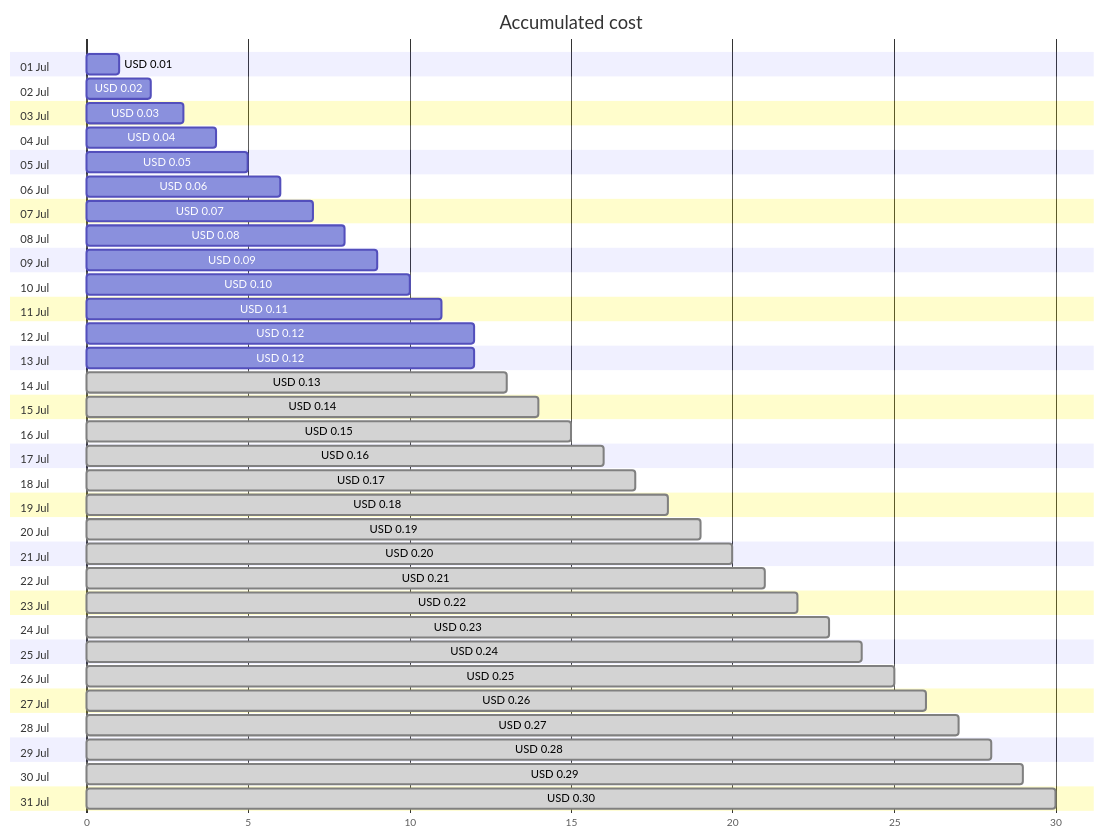
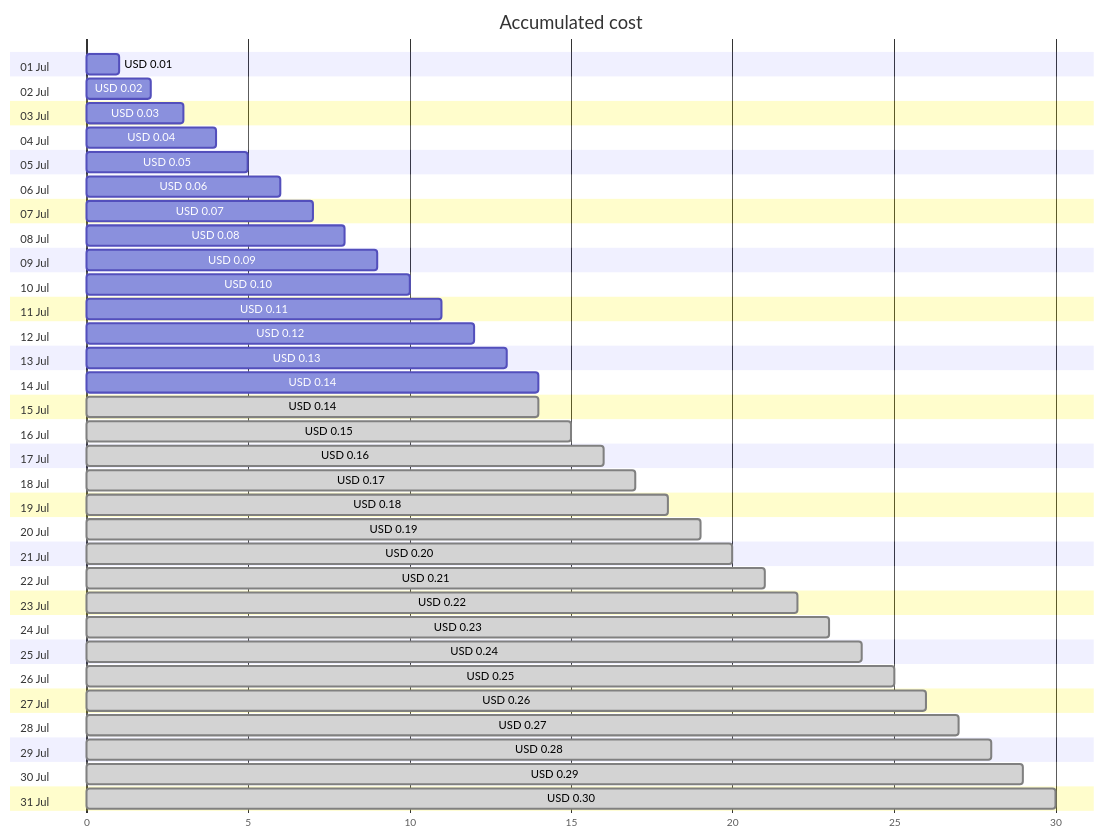
The first of 4 diagrams in cost-reports/cloud-shell-storage-eastus/README.md (jpfulton/azure-personal-reports), drawn with Mermaid before and after one commit. The commit also changed other lines of this file and 1 other file, not shown here.

````diff
--- a/cost-reports/cloud-shell-storage-eastus/README.md
+++ b/cost-reports/cloud-shell-storage-eastus/README.md
@@ -20,68 +20,68 @@
 ```mermaid
 gantt
    title Accumulated cost
    dateFormat  X
    axisFormat %s
    section 01 Jul
    USD 0.01 :0, 1
    section 02 Jul
    USD 0.02 :0, 2
    section 03 Jul
    USD 0.03 :0, 3
    section 04 Jul
    USD 0.04 :0, 4
    section 05 Jul
    USD 0.05 :0, 5
    section 06 Jul
    USD 0.06 :0, 6
    section 07 Jul
    USD 0.07 :0, 7
    section 08 Jul
    USD 0.08 :0, 8
    section 09 Jul
    USD 0.09 :0, 9
    section 10 Jul
    USD 0.10 :0, 10
    section 11 Jul
    USD 0.11 :0, 11
    section 12 Jul
    USD 0.12 :0, 12
    section 13 Jul
-   USD 0.12 :0, 12
+   USD 0.13 :0, 13
    section 14 Jul
-   USD 0.13 : done, 0, 13
+   USD 0.14 :0, 14
    section 15 Jul
    USD 0.14 : done, 0, 14
    section 16 Jul
    USD 0.15 : done, 0, 15
    section 17 Jul
    USD 0.16 : done, 0, 16
    section 18 Jul
    USD 0.17 : done, 0, 17
    section 19 Jul
    USD 0.18 : done, 0, 18
    section 20 Jul
    USD 0.19 : done, 0, 19
    section 21 Jul
    USD 0.20 : done, 0, 20
    section 22 Jul
    USD 0.21 : done, 0, 21
    section 23 Jul
    USD 0.22 : done, 0, 22
    section 24 Jul
    USD 0.23 : done, 0, 23
    section 25 Jul
    USD 0.24 : done, 0, 24
    section 26 Jul
    USD 0.25 : done, 0, 25
    section 27 Jul
    USD 0.26 : done, 0, 26
    section 28 Jul
    USD 0.27 : done, 0, 27
    section 29 Jul
    USD 0.28 : done, 0, 28
    section 30 Jul
    USD 0.29 : done, 0, 29
    section 31 Jul
    USD 0.30 : done, 0, 30
 ```
````
